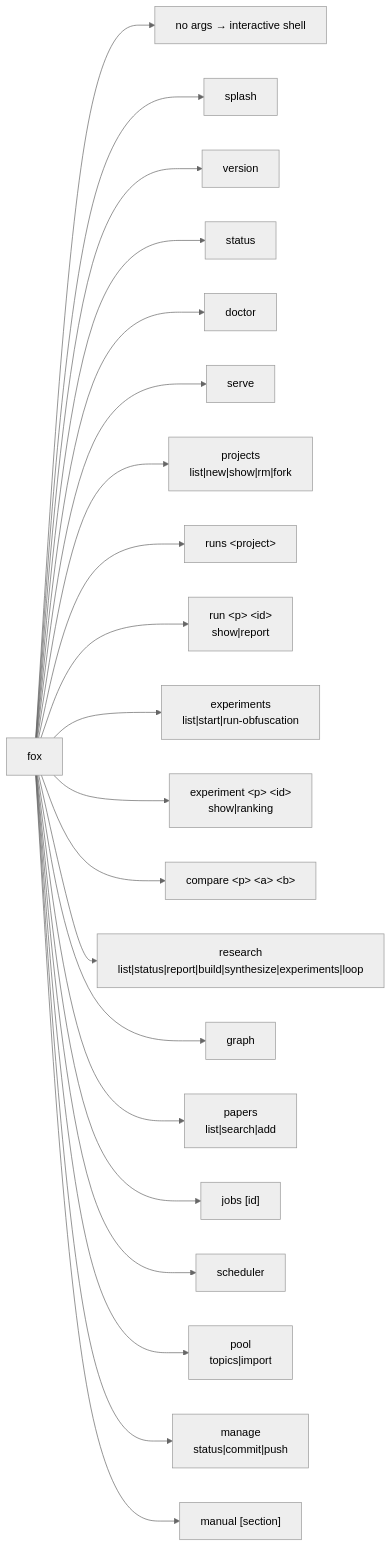
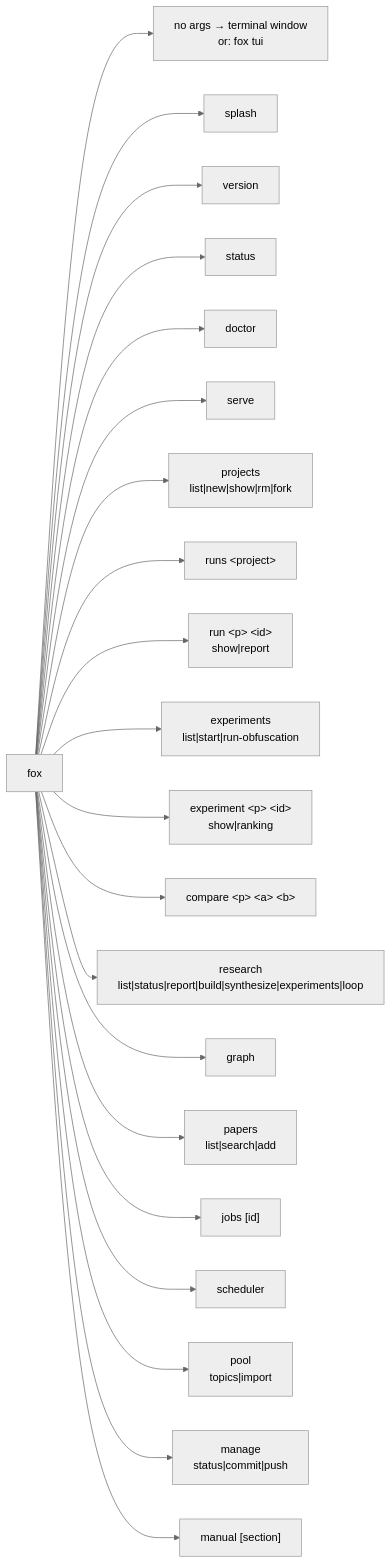
Before and after one commit to harishgovardhandamodar/AI-Research-Workbench: the diagram in docs/CLI.md, drawn with Mermaid (neutral theme). The commit also changed other lines of this file and 14 other files, not shown here.

First line of the commit message:
tui: Opencode-style themed terminal window with themes, palette, sidebar

````diff
--- a/docs/CLI.md
+++ b/docs/CLI.md
@@ -20,23 +20,23 @@
 ```mermaid
 flowchart LR
-    FOX[fox] --> SHELL[no args → interactive shell]
+    FOX[fox] --> TUI[no args → terminal window<br/>or: fox tui]
     FOX --> SPLASH[splash]
     FOX --> V[version]
     FOX --> STATUS[status]
     FOX --> DOC[doctor]
     FOX --> SERVE[serve]
     FOX --> P["projects<br/>list|new|show|rm|fork"]
     FOX --> RUNS[runs &lt;project&gt;]
     FOX --> RUN["run &lt;p&gt; &lt;id&gt;<br/>show|report"]
     FOX --> EXP["experiments<br/>list|start|run-obfuscation"]
     FOX --> EXPERIMENT["experiment &lt;p&gt; &lt;id&gt;<br/>show|ranking"]
     FOX --> COMPARE[compare &lt;p&gt; &lt;a&gt; &lt;b&gt;]
     FOX --> RES["research<br/>list|status|report|build|synthesize|experiments|loop"]
     FOX --> G[graph]
     FOX --> PAPERS["papers<br/>list|search|add"]
     FOX --> JOBS["jobs [id]"]
     FOX --> SCHED[scheduler]
     FOX --> POOL["pool<br/>topics|import"]
     FOX --> MGMT["manage<br/>status|commit|push"]
     FOX --> MAN["manual [section]"]
 ```
````
